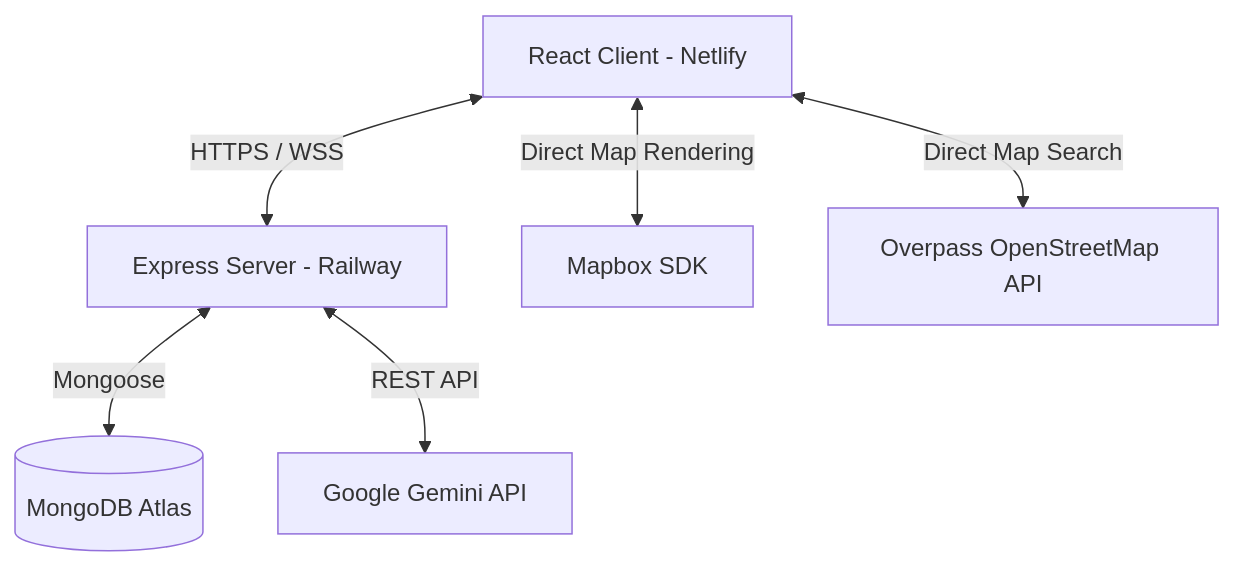
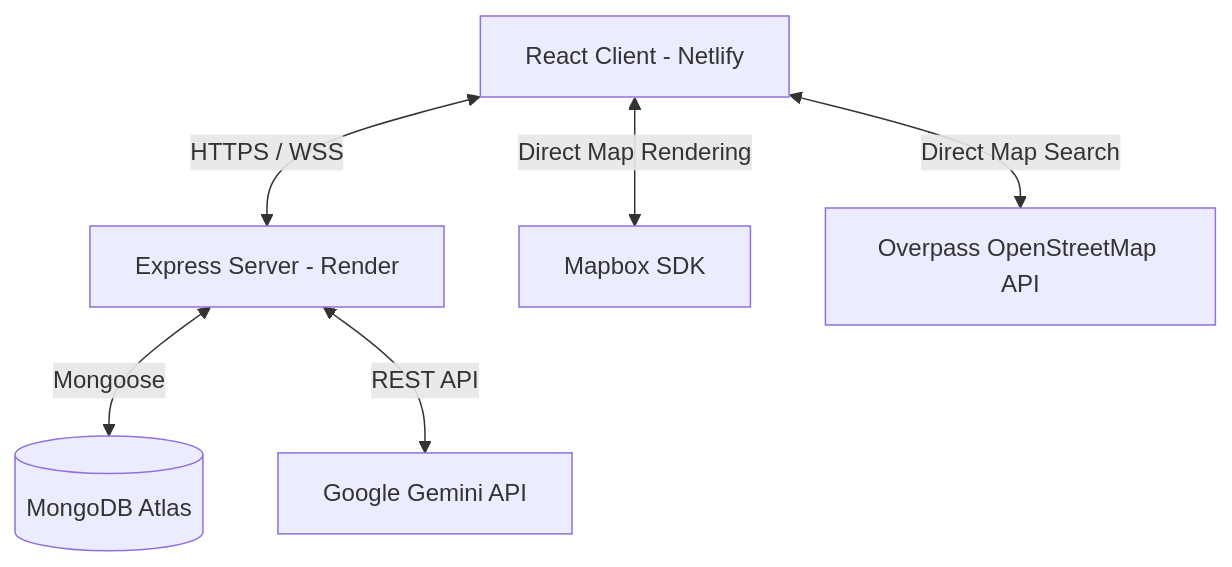
Before and after one commit to Maheshwar0105/healthtrack-fullstack: the diagram in README.md, drawn with Mermaid. The commit also changed other lines of this file and 1 other file, not shown here.

Commit message:
chore(hosting): switch backend deployment spec from Railway to Render blueprint

````diff
--- a/README.md
+++ b/README.md
@@ -9,8 +9,8 @@
 ```mermaid
 graph TD
-    A[React Client - Netlify] <-->|HTTPS / WSS| B[Express Server - Railway]
+    A[React Client - Netlify] <-->|HTTPS / WSS| B[Express Server - Render]
     B <-->|Mongoose| C[(MongoDB Atlas)]
     B <-->|REST API| D[Google Gemini API]
     A <-->|Direct Map Rendering| E[Mapbox SDK]
     A <-->|Direct Map Search| F[Overpass OpenStreetMap API]
 ```
````
